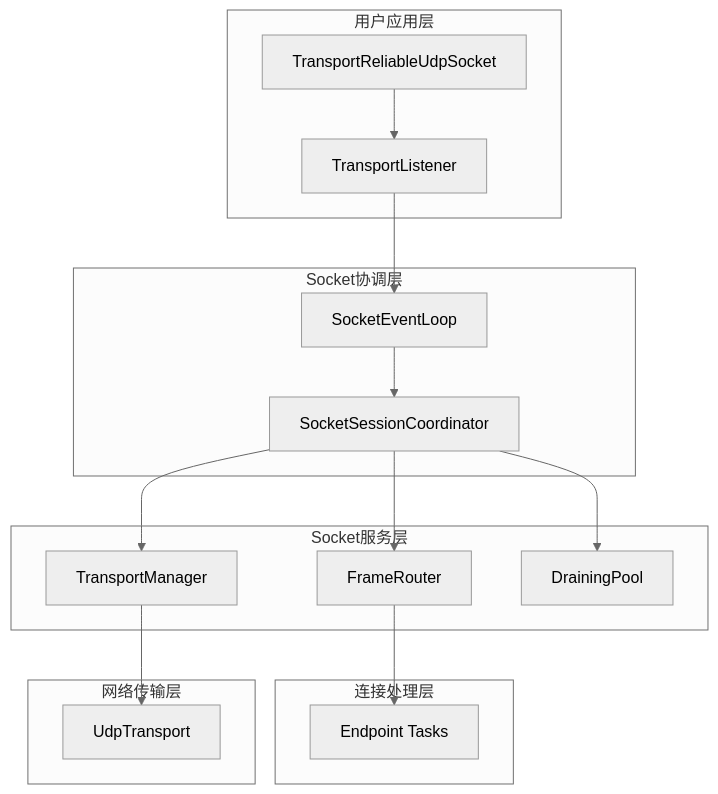
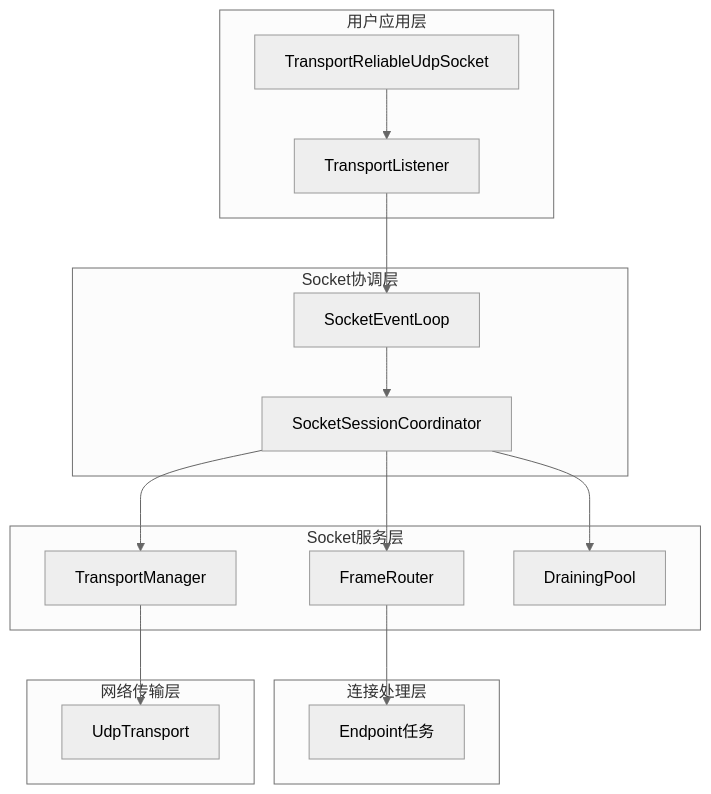
The diagram in docs/src/dev-docs/components/socket-layer.md (ShaoG-R/kestrel-protocol), drawn with Mermaid (neutral theme) before and after one commit. The commit also changed 4 other files, not shown here.

````diff
--- a/docs/src/dev-docs/components/socket-layer.md
+++ b/docs/src/dev-docs/components/socket-layer.md
@@ -51,25 +51,25 @@
 ```mermaid
 graph TD
     subgraph "用户应用层"
         A[TransportReliableUdpSocket] --> B[TransportListener]
     end
     
     subgraph "Socket协调层"
         B --> C[SocketEventLoop]
         C --> D[SocketSessionCoordinator]
     end
     
     subgraph "Socket服务层"
         D --> E[FrameRouter]
         D --> F[TransportManager]
         D --> G[DrainingPool]
     end
     
     subgraph "连接处理层"
-        E --> H[Endpoint Tasks]
+        E --> H["Endpoint任务"]
     end
-    
+
     subgraph "网络传输层"
         F --> I[UdpTransport]
     end
 ```
````
